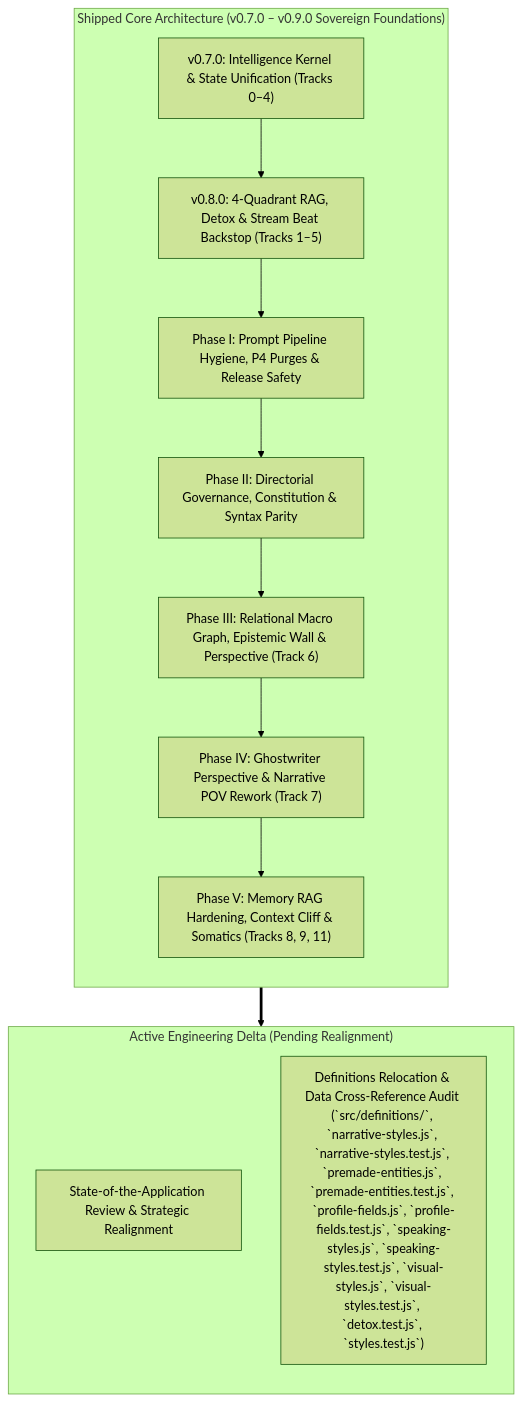
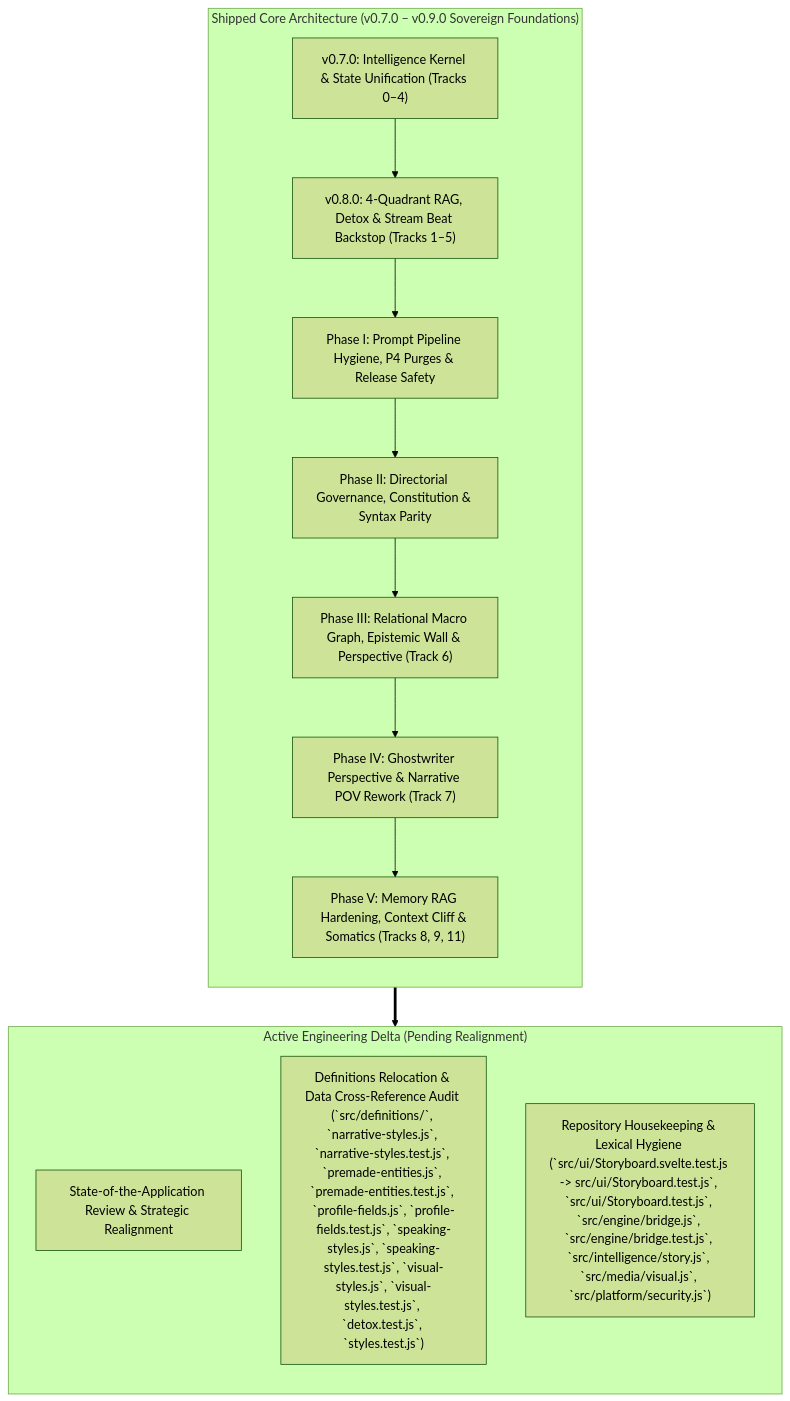
One commit to JooduG/RPGlitch changed the diagram in ROADMAP.md. Above: the diagram before and after it, drawn with Mermaid (forest theme). The commit also changed 8 other files, not shown here.

Commit message:
chore(housekeeping): eliminate 9 eslint warnings, rename storyboard test, and sync ignores/env

````diff
--- a/ROADMAP.md
+++ b/ROADMAP.md
@@ -22,22 +22,23 @@
 ```mermaid
 flowchart TD
     subgraph ShippedCore ["Shipped Core Architecture (v0.7.0 – v0.9.0 Sovereign Foundations)"]
         direction TB
         S1["v0.7.0: Intelligence Kernel & State Unification (Tracks 0–4)"]
         S2["v0.8.0: 4-Quadrant RAG, Detox & Stream Beat Backstop (Tracks 1–5)"]
         S3["Phase I: Prompt Pipeline Hygiene, P4 Purges & Release Safety"]
         S4["Phase II: Directorial Governance, Constitution & Syntax Parity"]
         S5["Phase III: Relational Macro Graph, Epistemic Wall & Perspective (Track 6)"]
         S6["Phase IV: Ghostwriter Perspective & Narrative POV Rework (Track 7)"]
         S7["Phase V: Memory RAG Hardening, Context Cliff & Somatics (Tracks 8, 9, 11)"]
         S1 --> S2 --> S3 --> S4 --> S5 --> S6 --> S7
     end
 
     subgraph ActiveBacklog ["Active Engineering Delta (Pending Realignment)"]
         direction TB
         R1["State-of-the-Application Review & Strategic Realignment"]
         R2["Definitions Relocation & Data Cross-Reference Audit (`src/definitions/`, `narrative-styles.js`, `narrative-styles.test.js`, `premade-entities.js`, `premade-entities.test.js`, `profile-fields.js`, `profile-fields.test.js`, `speaking-styles.js`, `speaking-styles.test.js`, `visual-styles.js`, `visual-styles.test.js`, `detox.test.js`, `styles.test.js`)"]
+        R3["Repository Housekeeping & Lexical Hygiene (`src/ui/Storyboard.svelte.test.js -> src/ui/Storyboard.test.js`, `src/ui/Storyboard.test.js`, `src/engine/bridge.js`, `src/engine/bridge.test.js`, `src/intelligence/story.js`, `src/media/visual.js`, `src/platform/security.js`)"]
     end
 
     ShippedCore ==> ActiveBacklog
 ```
````
